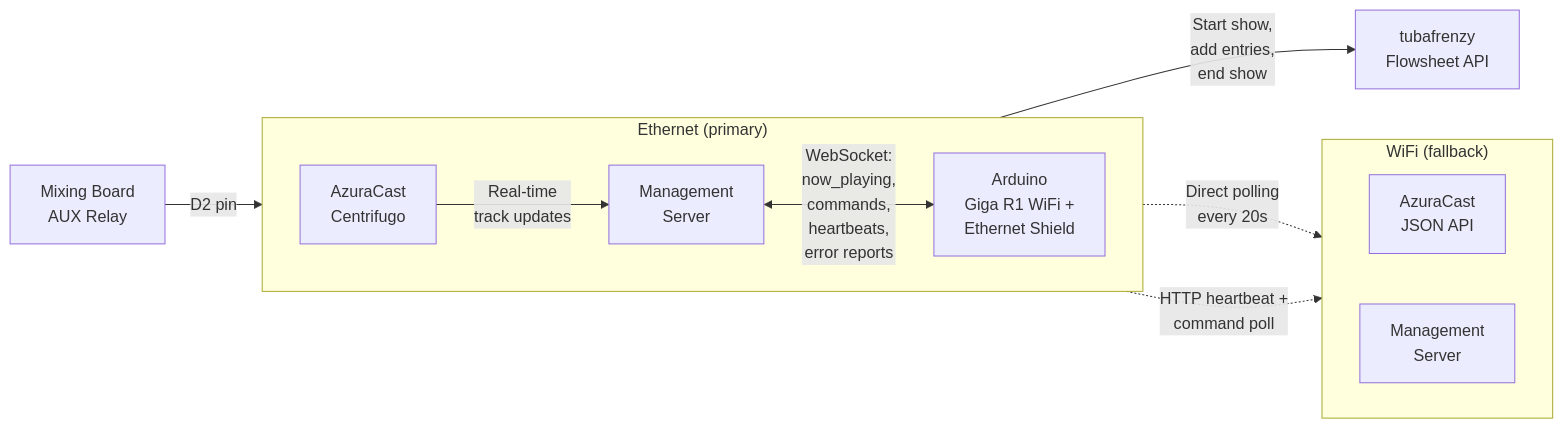
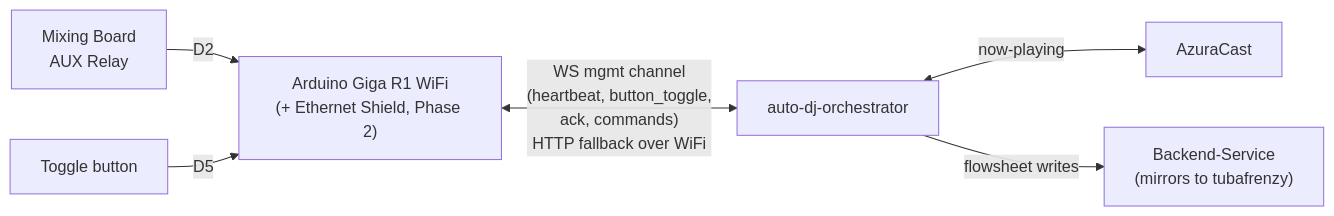
One commit to WXYC/auto-dj-arduino-switch changed the second of 3 diagrams in README.md. Above: the diagram before and after it, drawn with Mermaid. The commit also changed other lines of this file and 7 other files, not shown here.

First line of the commit message:
fix(review): transport/channel correctness, command queue, reconnect backoff, doc sync

````diff
--- a/README.md
+++ b/README.md
@@ -26,18 +26,9 @@
 ```mermaid
 flowchart LR
-    MB["Mixing Board<br>AUX Relay"] -->|D2 pin| ARD
-
-    subgraph Ethernet["Ethernet (primary)"]
-        direction LR
-        AZ["AzuraCast<br>Centrifugo"] -->|Real-time<br>track updates| MGT["Management<br>Server"]
-        MGT <-->|WebSocket:<br>now_playing,<br>commands,<br>heartbeats,<br>error reports| ARD["Arduino<br>Giga R1 WiFi +<br>Ethernet Shield"]
-    end
-
-    ARD -->|Start show,<br>add entries,<br>end show| TF["tubafrenzy<br>Flowsheet API"]
-
-    subgraph WiFi["WiFi (fallback)"]
-        direction LR
-        ARD -.->|Direct polling<br>every 20s| AZ2["AzuraCast<br>JSON API"]
-        ARD -.->|HTTP heartbeat +<br>command poll| MGT2["Management<br>Server"]
-    end
+    MB["Mixing Board<br>AUX Relay"] -->|D2| ARD
+    BTN["Toggle button"] -->|D5| ARD
+    ARD["Arduino Giga R1 WiFi<br>(+ Ethernet Shield, Phase 2)"]
+    ARD <-->|"WS mgmt channel<br>(heartbeat, button_toggle,<br>ack, commands)<br>HTTP fallback over WiFi"| ORCH["auto-dj-orchestrator"]
+    ORCH <-->|now-playing| AZ["AzuraCast"]
+    ORCH -->|flowsheet writes| BS["Backend-Service<br>(mirrors to tubafrenzy)"]
 ```
````
